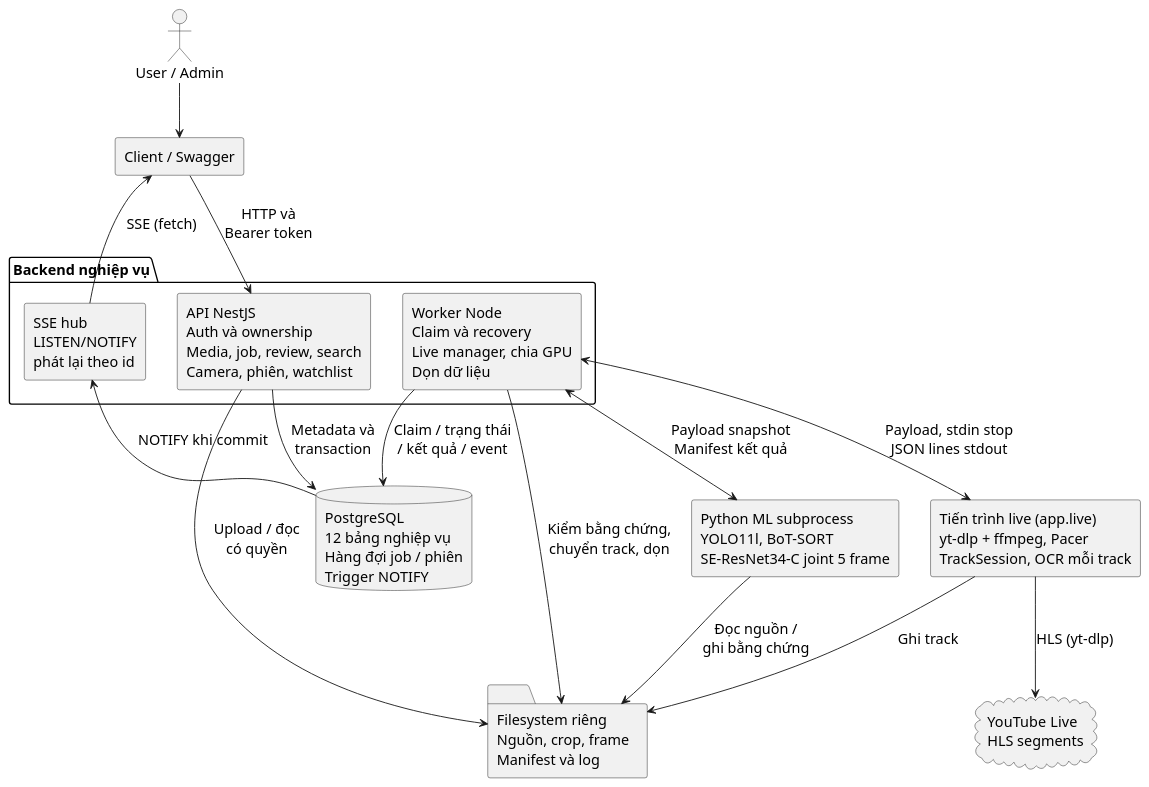
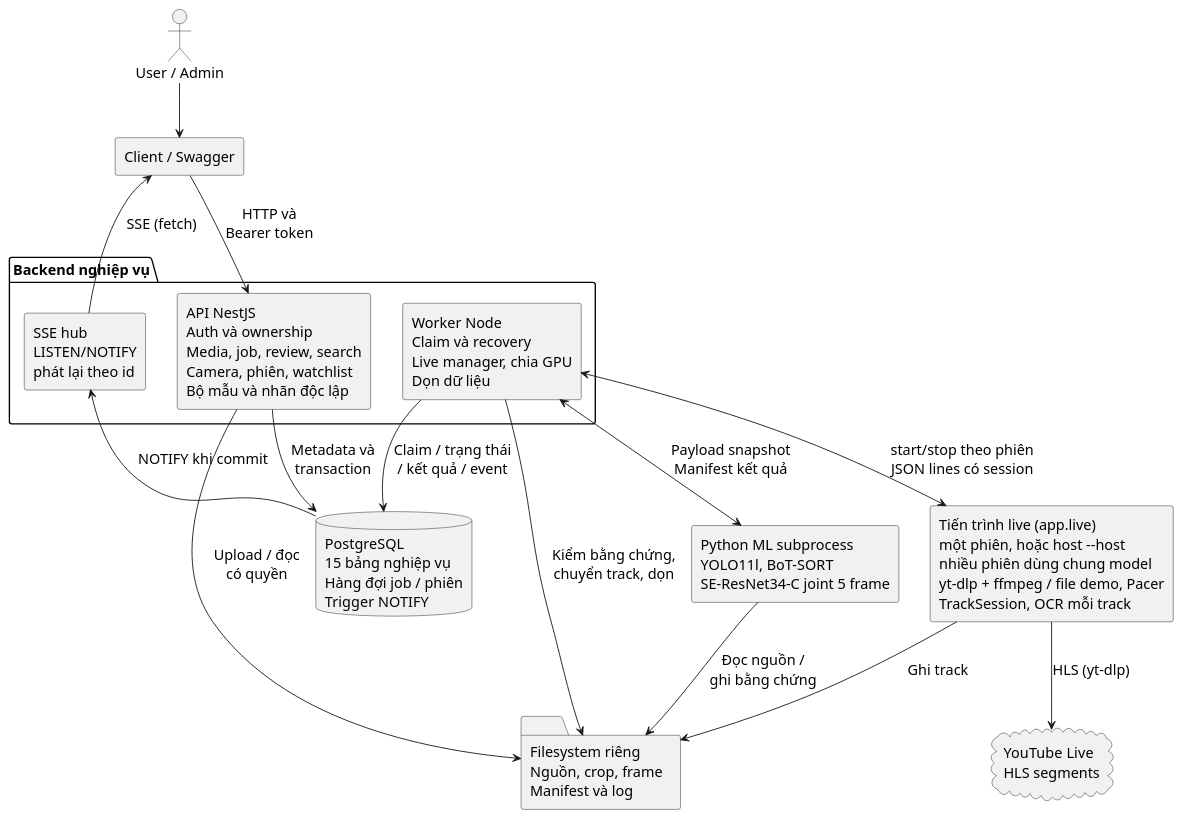
The diagram in docs/analysis/diagrams/15-architecture.puml (Oszumeiii/Vehicle_Tracking_BE), drawn with PlantUML before and after one commit. The commit also changed 24 other files, not shown here.

First line of the commit message:
docs(analysis): version 1.3 with demo cameras, labelling and multi-camera

```diff
--- a/docs/analysis/diagrams/15-architecture.puml
+++ b/docs/analysis/diagrams/15-architecture.puml
@@ -1,33 +1,33 @@
 @startuml
 skinparam defaultFontName Arial
 skinparam defaultFontSize 16
 skinparam shadowing false
 skinparam backgroundColor white
 skinparam componentStyle rectangle
 top to bottom direction
 actor "User / Admin" as user
 component "Client / Swagger" as client
 cloud "YouTube Live\nHLS segments" as youtube
 package "Backend nghiệp vụ" {
-  component "API NestJS\nAuth và ownership\nMedia, job, review, search\nCamera, phiên, watchlist" as api
+  component "API NestJS\nAuth và ownership\nMedia, job, review, search\nCamera, phiên, watchlist\nBộ mẫu và nhãn độc lập" as api
   component "SSE hub\nLISTEN/NOTIFY\nphát lại theo id" as hub
   component "Worker Node\nClaim và recovery\nLive manager, chia GPU\nDọn dữ liệu" as worker
 }
-database "PostgreSQL\n12 bảng nghiệp vụ\nHàng đợi job / phiên\nTrigger NOTIFY" as db
+database "PostgreSQL\n15 bảng nghiệp vụ\nHàng đợi job / phiên\nTrigger NOTIFY" as db
 folder "Filesystem riêng\nNguồn, crop, frame\nManifest và log" as files
 component "Python ML subprocess\nYOLO11l, BoT-SORT\nSE-ResNet34-C joint 5 frame" as ml
-component "Tiến trình live (app.live)\nyt-dlp + ffmpeg, Pacer\nTrackSession, OCR mỗi track" as live
+component "Tiến trình live (app.live)\nmột phiên, hoặc host --host\nnhiều phiên dùng chung model\nyt-dlp + ffmpeg / file demo, Pacer\nTrackSession, OCR mỗi track" as live
 user --> client
 client --> api : HTTP và\nBearer token
 hub --> client : SSE (fetch)
 api --> db : Metadata và\ntransaction
 db --> hub : NOTIFY khi commit
 api --> files : Upload / đọc\ncó quyền
 worker --> db : Claim / trạng thái\n/ kết quả / event
 worker <--> ml : Payload snapshot\nManifest kết quả
-worker <--> live : Payload, stdin stop\nJSON lines stdout
+worker <--> live : start/stop theo phiên\nJSON lines có session
 live --> youtube : HLS (yt-dlp)
 ml --> files : Đọc nguồn /\nghi bằng chứng
 live --> files : Ghi track
 worker --> files : Kiểm bằng chứng,\nchuyển track, dọn
 @enduml
```
